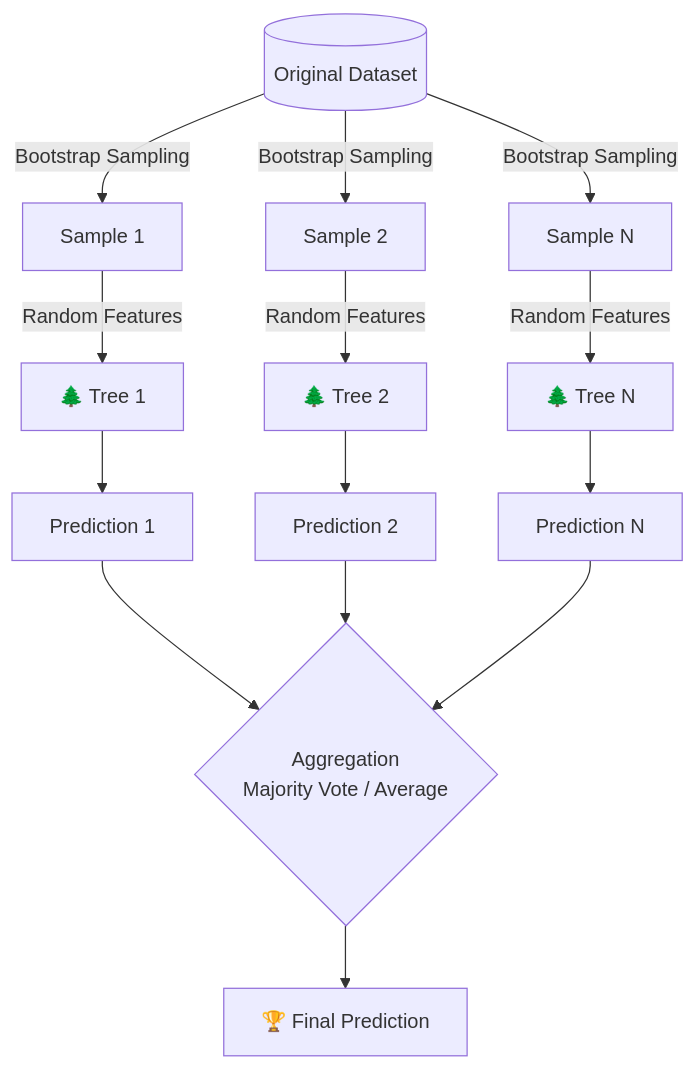
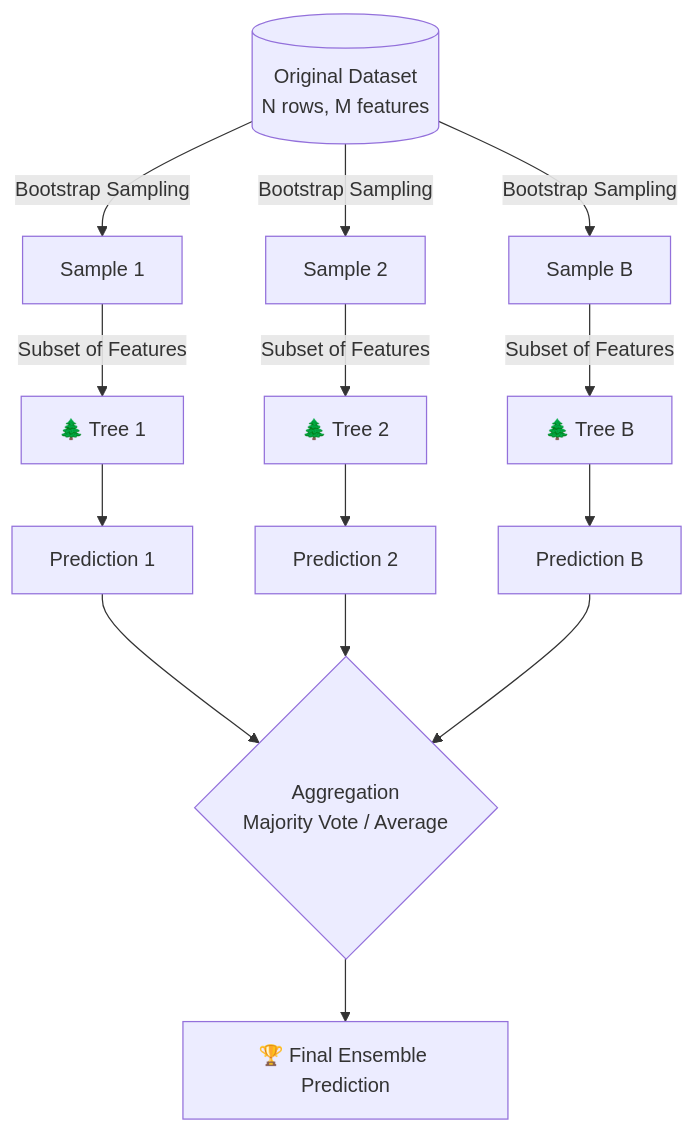
One commit to sandaruns2004/Full-ML-DL-CV-and-Data-Science-Roadmap changed the diagram in 03-Ensemble-Methods/03-Random-Forest.md. Above: the diagram before and after it, drawn with Mermaid. The commit also changed other lines of this file and 51 other files, not shown here.

````diff
--- a/03-Ensemble-Methods/03-Random-Forest.md
+++ b/03-Ensemble-Methods/03-Random-Forest.md
@@ -25,20 +78,20 @@
 ```mermaid
 flowchart TD
-    Data[("Original Dataset")] -->|Bootstrap Sampling| S1["Sample 1"]
+    Data[("Original Dataset\nN rows, M features")] -->|Bootstrap Sampling| S1["Sample 1"]
     Data -->|Bootstrap Sampling| S2["Sample 2"]
-    Data -->|Bootstrap Sampling| S3["Sample N"]
+    Data -->|Bootstrap Sampling| S3["Sample B"]
     
-    S1 -->|Random Features| T1["🌲 Tree 1"]
-    S2 -->|Random Features| T2["🌲 Tree 2"]
-    S3 -->|Random Features| T3["🌲 Tree N"]
+    S1 -->|Subset of Features| T1["🌲 Tree 1"]
+    S2 -->|Subset of Features| T2["🌲 Tree 2"]
+    S3 -->|Subset of Features| T3["🌲 Tree B"]
     
     T1 --> P1["Prediction 1"]
     T2 --> P2["Prediction 2"]
-    T3 --> P3["Prediction N"]
+    T3 --> P3["Prediction B"]
     
     P1 --> Agg{"Aggregation\nMajority Vote / Average"}
     P2 --> Agg
     P3 --> Agg
     
-    Agg --> Final["🏆 Final Prediction"]
+    Agg --> Final["🏆 Final Ensemble Prediction"]
 ```
````
